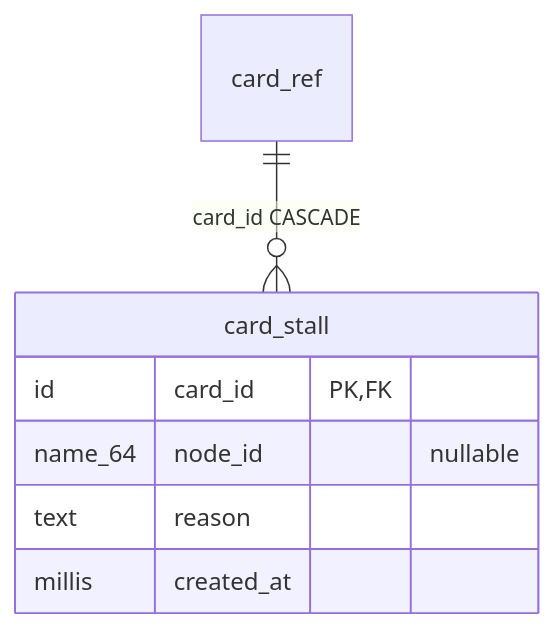
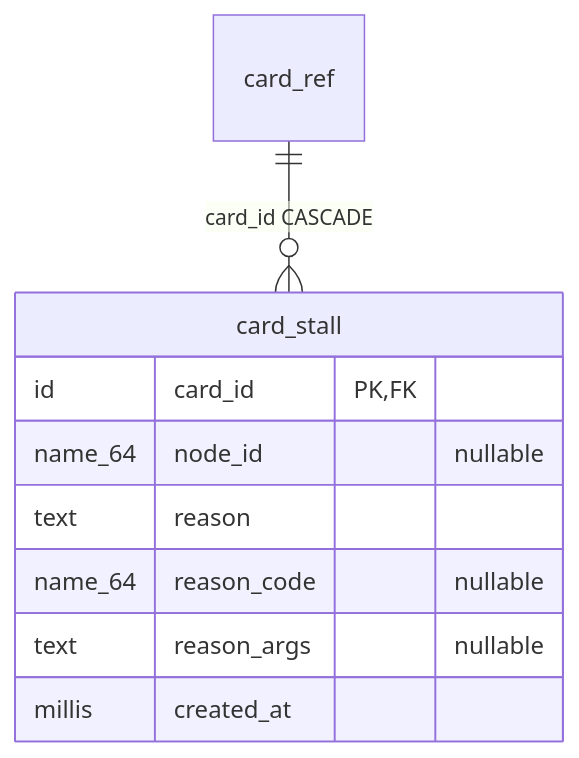
One commit to artipop/pourquoipas changed the sixth of 10 diagrams in docs/schema/erd.md. Above: the diagram before and after it, drawn with Mermaid. The commit also changed other lines of this file and 131 other files, not shown here.

````diff
--- a/docs/schema/erd.md
+++ b/docs/schema/erd.md
@@ -384,11 +384,13 @@
 ```mermaid
 erDiagram
     card_ref ||--o{ card_stall : "card_id CASCADE"
 
     card_stall {
         id card_id PK, FK
         name_64 node_id "nullable"
         text reason
+        name_64 reason_code "nullable"
+        text reason_args "nullable"
         millis created_at
     }
 ```
````
